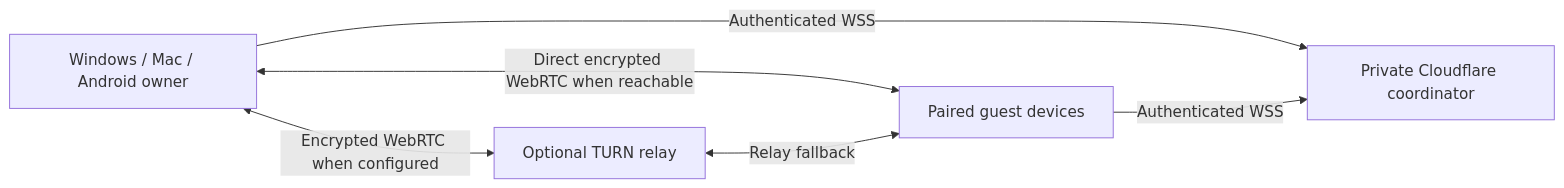
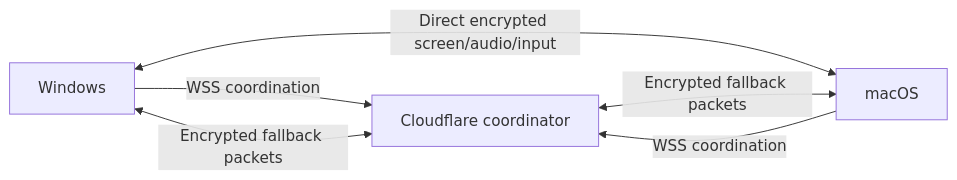
The diagram in docs/ARCHITECTURE.md (EhosanurRahmanRomi/auralink), drawn with Mermaid before and after one commit. The commit also changed other lines of this file and 77 other files, not shown here.

Commit message:
Add one-click desktop rooms and compressed internet screen relay

````diff
--- a/docs/ARCHITECTURE.md
+++ b/docs/ARCHITECTURE.md
@@ -23,8 +9,8 @@
 ```mermaid
 flowchart LR
-    W[Windows / Mac / Android owner] -->|Authenticated WSS| C[Private Cloudflare coordinator]
-    G[Paired guest devices] -->|Authenticated WSS| C
-    W <-->|Direct encrypted WebRTC when reachable| G
-    W <-->|Encrypted WebRTC when configured| T[Optional TURN relay]
-    T <-->|Relay fallback| G
+    W[Windows] -->|WSS coordination| C[Cloudflare coordinator]
+    M[macOS] -->|WSS coordination| C
+    W <-->|Direct encrypted screen/audio/input| M
+    W <-->|Encrypted fallback packets| C
+    C <-->|Encrypted fallback packets| M
 ```
````
